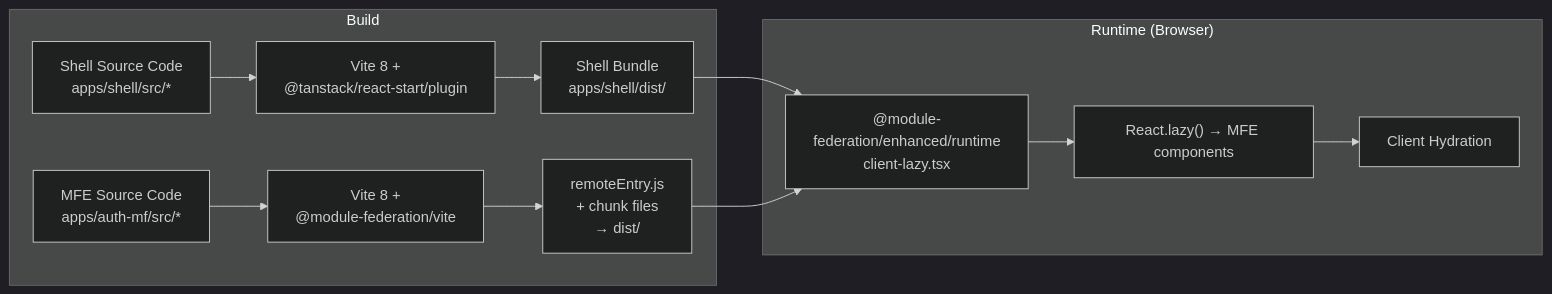
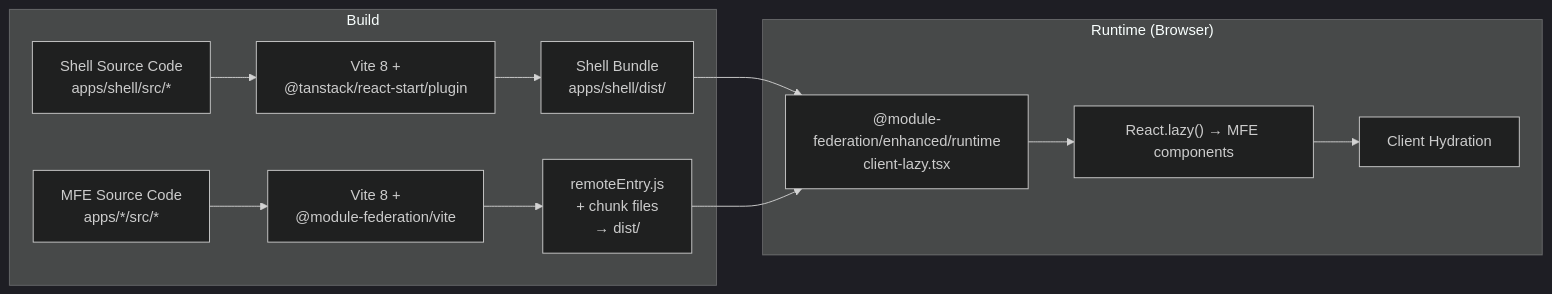
The second of 9 diagrams in docs/architecture.md (Its-Satyajit/MFECP), drawn with Mermaid (dark theme) before and after one commit. The commit also changed other lines of this file and 10 other files, not shown here.

First line of the commit message:
docs: update architecture to reflect local SQLite + cart/order MFUpdate architecture diagrams descriptions match recent appstructure and data sources. Key changes:

````diff
--- a/docs/architecture.md
+++ b/docs/architecture.md
@@ -56,16 +58,16 @@
 ```mermaid
 flowchart LR
     subgraph Build["Build"]
-        MFE_SRC["MFE Source Code<br/>apps/auth-mf/src/*"] --> Vite["Vite 8 +<br/>@module-federation/vite"]
+        MFE_SRC["MFE Source Code<br/>apps/*/src/*"] --> Vite["Vite 8 +<br/>@module-federation/vite"]
         Vite --> RemoteEntry["remoteEntry.js<br/>+ chunk files<br/>→ dist/"]
         SHELL_SRC["Shell Source Code<br/>apps/shell/src/*"] --> SVite["Vite 8 +<br/>@tanstack/react-start/plugin"]
         SVite --> ShellBundle["Shell Bundle<br/>apps/shell/dist/"]
     end
 
     subgraph Runtime["Runtime (Browser)"]
         ShellBundle --> Init["@module-federation/enhanced/runtime<br/>client-lazy.tsx"]
         RemoteEntry --> Init
         Init --> Lazy["React.lazy() → MFE components"]
         Lazy --> Hydrate["Client Hydration"]
     end
 ```
````
